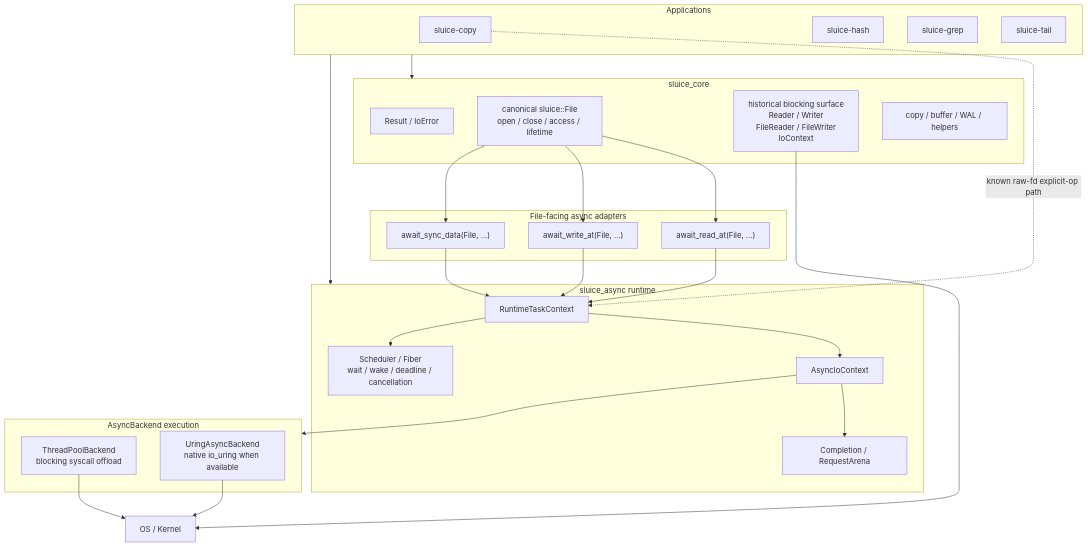
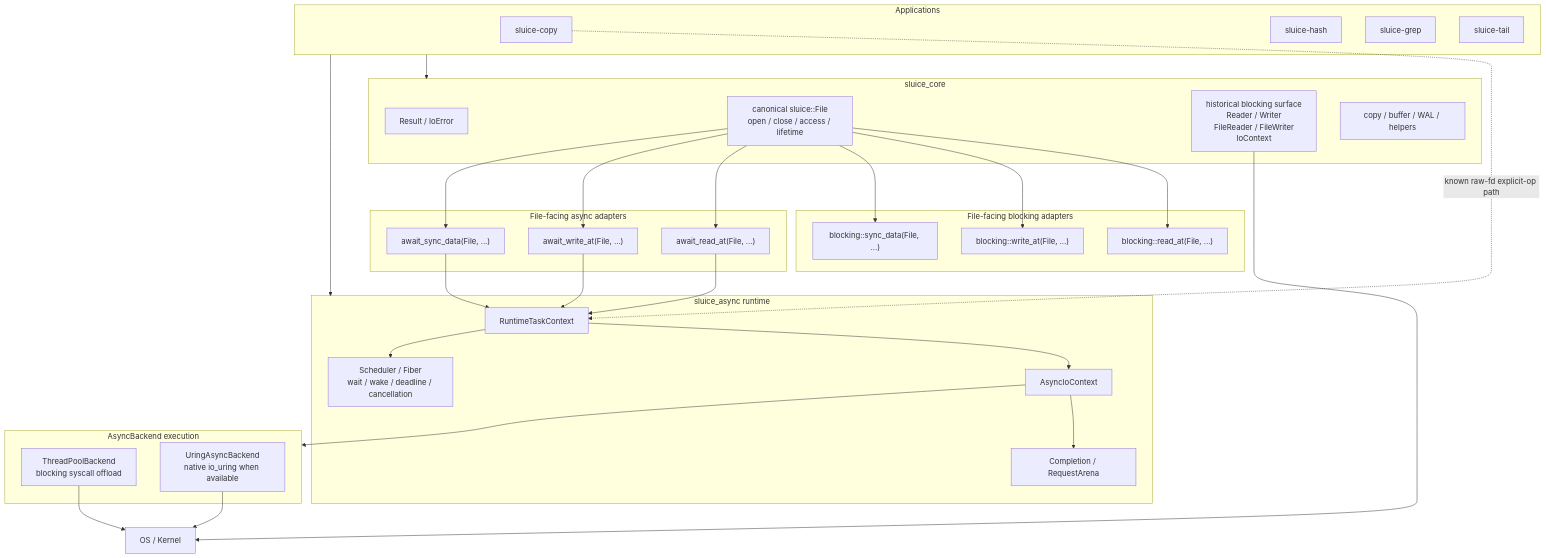
One commit to jnhu76/Sluice changed the diagram in docs/architecture.md. Above: the diagram before and after it, drawn with Mermaid. The commit also changed other lines of this file and 7 other files, not shown here.

````diff
--- a/docs/architecture.md
+++ b/docs/architecture.md
@@ -50,58 +50,68 @@
 ```mermaid
 flowchart TB
     subgraph APPS["Applications"]
         COPY["sluice-copy"]
         HASH["sluice-hash"]
         GREP["sluice-grep"]
         TAIL["sluice-tail"]
     end
 
     subgraph CORE["sluice_core"]
         RESULT["Result<T> / IoError"]
         FILE["canonical sluice::File<br/>open / close / access / lifetime"]
         LEGACY["historical blocking surface<br/>Reader / Writer<br/>FileReader / FileWriter<br/>IoContext"]
         COMPOSE["copy / buffer / WAL / helpers"]
+    end
+
+    subgraph BLOCK_API["File-facing blocking adapters"]
+        BR["blocking::read_at(File, ...) "]
+        BW["blocking::write_at(File, ...) "]
+        BS["blocking::sync_data(File, ...) "]
     end
 
     subgraph ASYNC_API["File-facing async adapters"]
         AR["await_read_at(File, ...) "]
         AW["await_write_at(File, ...) "]
         AS["await_sync_data(File, ...) "]
     end
 
     subgraph RUNTIME["sluice_async runtime"]
         RTC["RuntimeTaskContext"]
         AIO["AsyncIoContext"]
         COMP["Completion<T> / RequestArena"]
         SCHED["Scheduler / Fiber<br/>wait / wake / deadline / cancellation"]
     end
 
     subgraph EXEC["AsyncBackend execution"]
         TP["ThreadPoolBackend<br/>blocking syscall offload"]
         UR["UringAsyncBackend<br/>native io_uring when available"]
     end
 
     OS["OS / Kernel"]
 
     APPS --> CORE
     APPS --> RUNTIME
 
+    FILE --> BR
+    FILE --> BW
+    FILE --> BS
+
     FILE --> AR
     FILE --> AW
     FILE --> AS
 
     AR --> RTC
     AW --> RTC
     AS --> RTC
 
     RTC --> AIO
     AIO --> COMP
     RTC --> SCHED
     AIO --> EXEC
 
     TP --> OS
     UR --> OS
     LEGACY --> OS
 
     COPY -. "known raw-fd explicit-op path" .-> RTC
 ```
````
